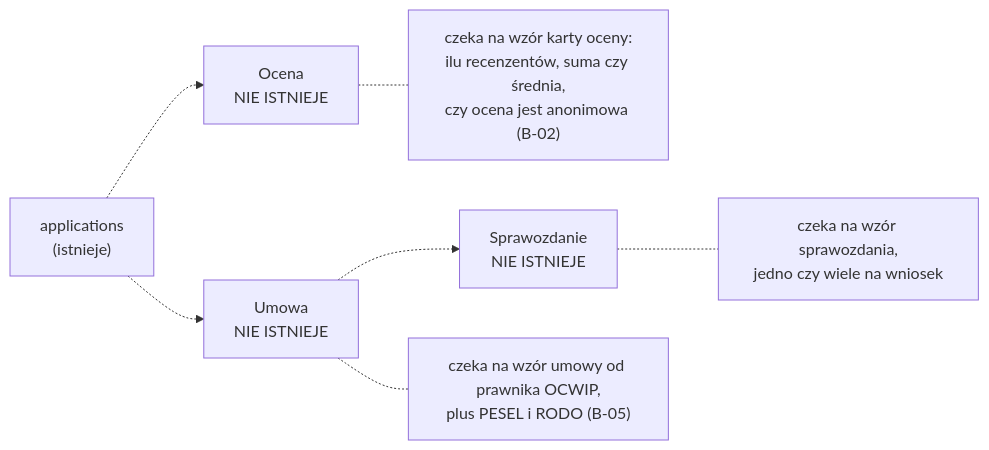
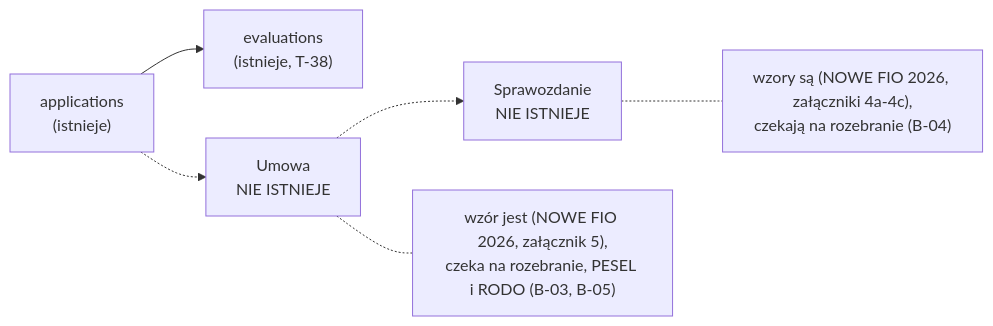
One commit to ootLabs/OCWIP-grant-competitions changed the second of 2 diagrams in docs/model-danych.md. Above: the diagram before and after it, drawn with Mermaid. The commit also changed other lines of this file and 6 other files, not shown here.

````diff
--- a/docs/model-danych.md
+++ b/docs/model-danych.md
@@ -147,15 +147,14 @@
 ```mermaid
 flowchart LR
     A["applications<br/>(istnieje)"]
-    O["Ocena<br/>NIE ISTNIEJE"]
+    O["evaluations<br/>(istnieje, T-38)"]
     U["Umowa<br/>NIE ISTNIEJE"]
     S["Sprawozdanie<br/>NIE ISTNIEJE"]
 
-    A -.-> O
+    A --> O
     A -.-> U
     U -.-> S
 
-    O -.- BO["czeka na wzór karty oceny:<br/>ilu recenzentów, suma czy średnia,<br/>czy ocena jest anonimowa (B-02)"]
-    U -.- BU["czeka na wzór umowy od prawnika OCWIP,<br/>plus PESEL i RODO (B-05)"]
-    S -.- BS["czeka na wzór sprawozdania,<br/>jedno czy wiele na wniosek"]
+    U -.- BU["wzór jest (NOWE FIO 2026, załącznik 5),<br/>czeka na rozebranie, PESEL i RODO (B-03, B-05)"]
+    S -.- BS["wzory są (NOWE FIO 2026, załączniki 4a-4c),<br/>czekają na rozebranie (B-04)"]
 ```
````
